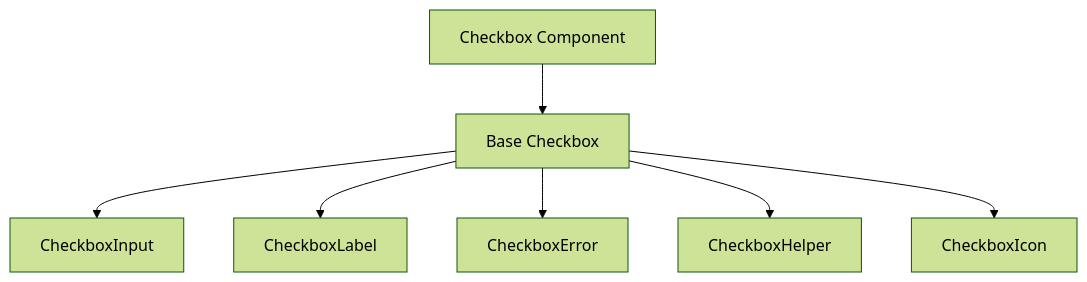
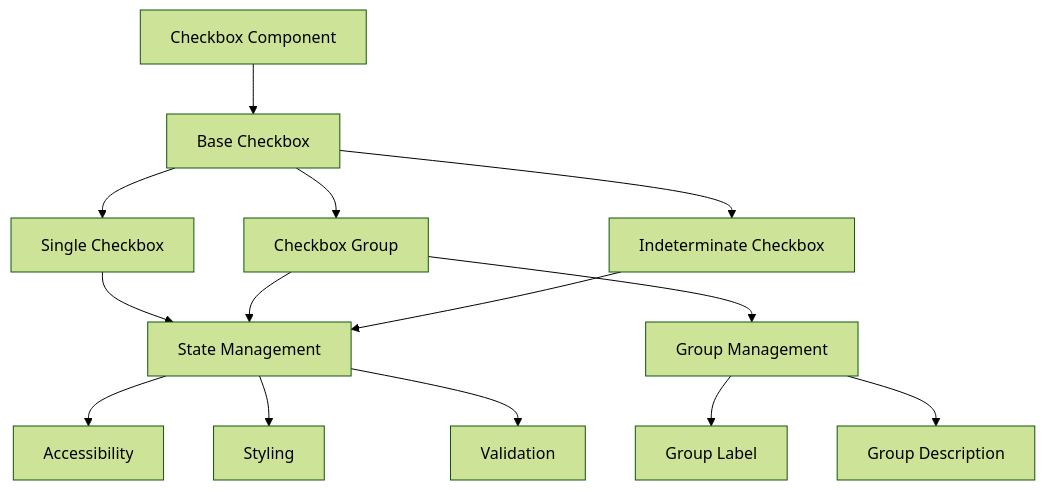
One commit to gedeza/thrive-send changed the first of 3 diagrams in DOCS/components/forms/Checkbox.md. Above: the diagram before and after it, drawn with Mermaid (forest theme). The commit also changed other lines of this file and 25 other files, not shown here.

````diff
--- a/DOCS/components/forms/Checkbox.md
+++ b/DOCS/components/forms/Checkbox.md
@@ -11,9 +20,19 @@
 ```mermaid
 graph TD
     A[Checkbox Component] --> B[Base Checkbox]
-    B --> C[CheckboxInput]
-    B --> D[CheckboxLabel]
-    B --> E[CheckboxError]
-    B --> F[CheckboxHelper]
-    B --> G[CheckboxIcon]
+    B --> C[Single Checkbox]
+    B --> D[Checkbox Group]
+    B --> E[Indeterminate Checkbox]
+    
+    C --> F[State Management]
+    D --> F
+    E --> F
+    
+    F --> G[Accessibility]
+    F --> H[Styling]
+    F --> I[Validation]
+    
+    D --> J[Group Management]
+    J --> K[Group Label]
+    J --> L[Group Description]
 ```
````
